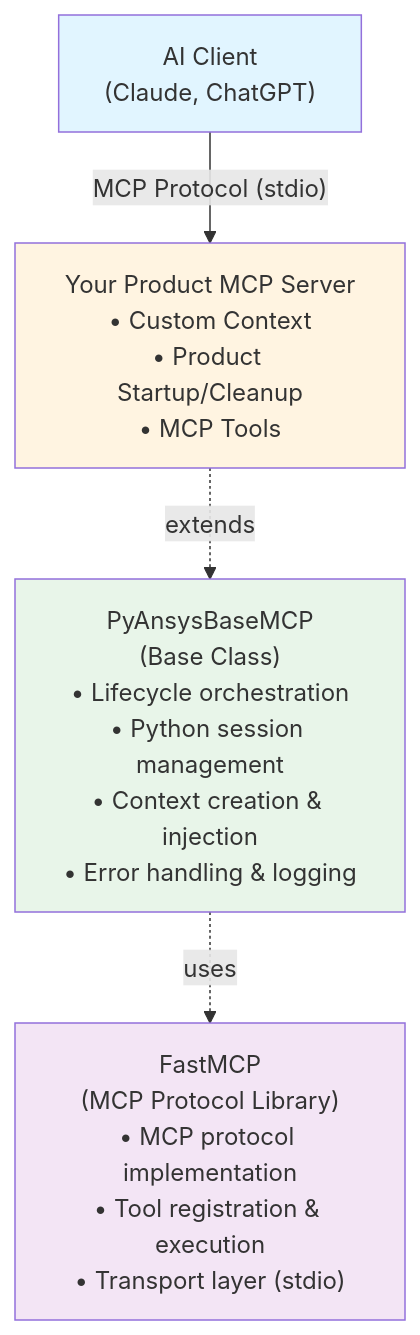
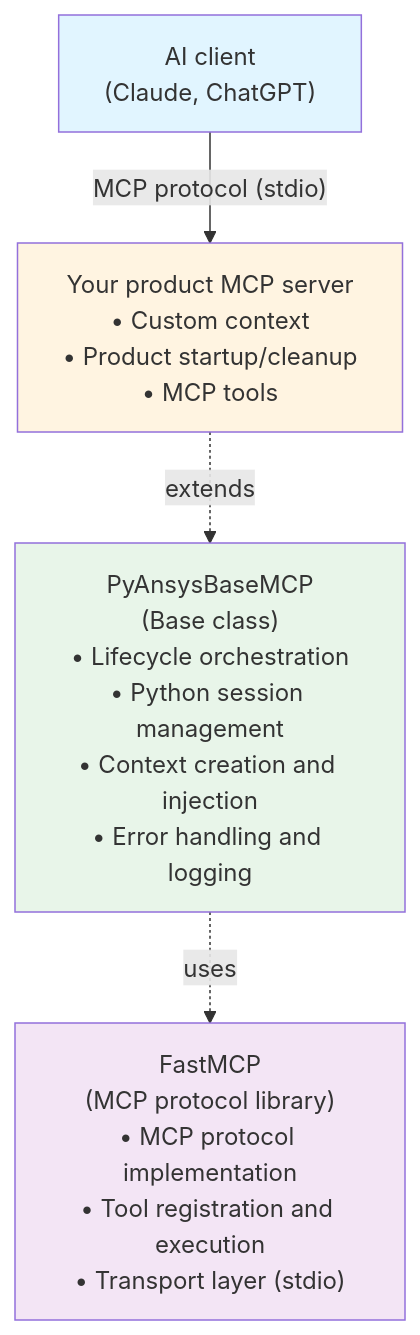
The diagram in doc/source/user_guide/architecture.rst (ansys/pyansys-common-mcp), drawn with Mermaid before and after one commit. The commit also changed other lines of this file and 7 other files, not shown here.

```diff
--- a/doc/source/user_guide/architecture.rst
+++ b/doc/source/user_guide/architecture.rst
@@ -14,16 +14,16 @@
 .. mermaid::
 
    flowchart TD
-       A["AI Client<br/>(Claude, ChatGPT)"]
-       B["Your Product MCP Server<br/>• Custom Context<br/>• Product Startup/Cleanup<br/>• MCP Tools"]
-       C["PyAnsysBaseMCP<br/>(Base Class)<br/>• Lifecycle orchestration<br/>• Python session management<br/>• Context creation & injection<br/>• Error handling & logging"]
-       D["FastMCP<br/>(MCP Protocol Library)<br/>• MCP protocol implementation<br/>• Tool registration & execution<br/>• Transport layer (stdio)"]
+       A["AI client<br/>(Claude, ChatGPT)"]
+       B["Your product MCP server<br/>• Custom context<br/>• Product startup/cleanup<br/>• MCP tools"]
+       C["PyAnsysBaseMCP<br/>(Base class)<br/>• Lifecycle orchestration<br/>• Python session management<br/>• Context creation and injection<br/>• Error handling and logging"]
+       D["FastMCP<br/>(MCP protocol library)<br/>• MCP protocol implementation<br/>• Tool registration and execution<br/>• Transport layer (stdio)"]
 
-       A -->|"MCP Protocol (stdio)"| B
+       A -->|"MCP protocol (stdio)"| B
        B -.->|extends| C
        C -.->|uses| D
 
        style A fill:#e1f5ff
        style B fill:#fff4e1
        style C fill:#e8f5e9
        style D fill:#f3e5f5
```
